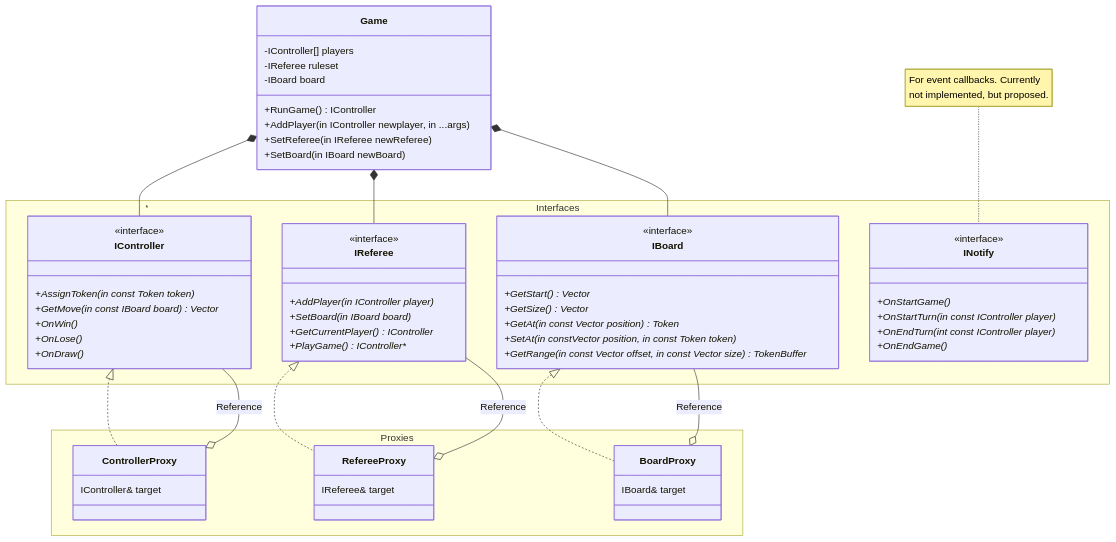
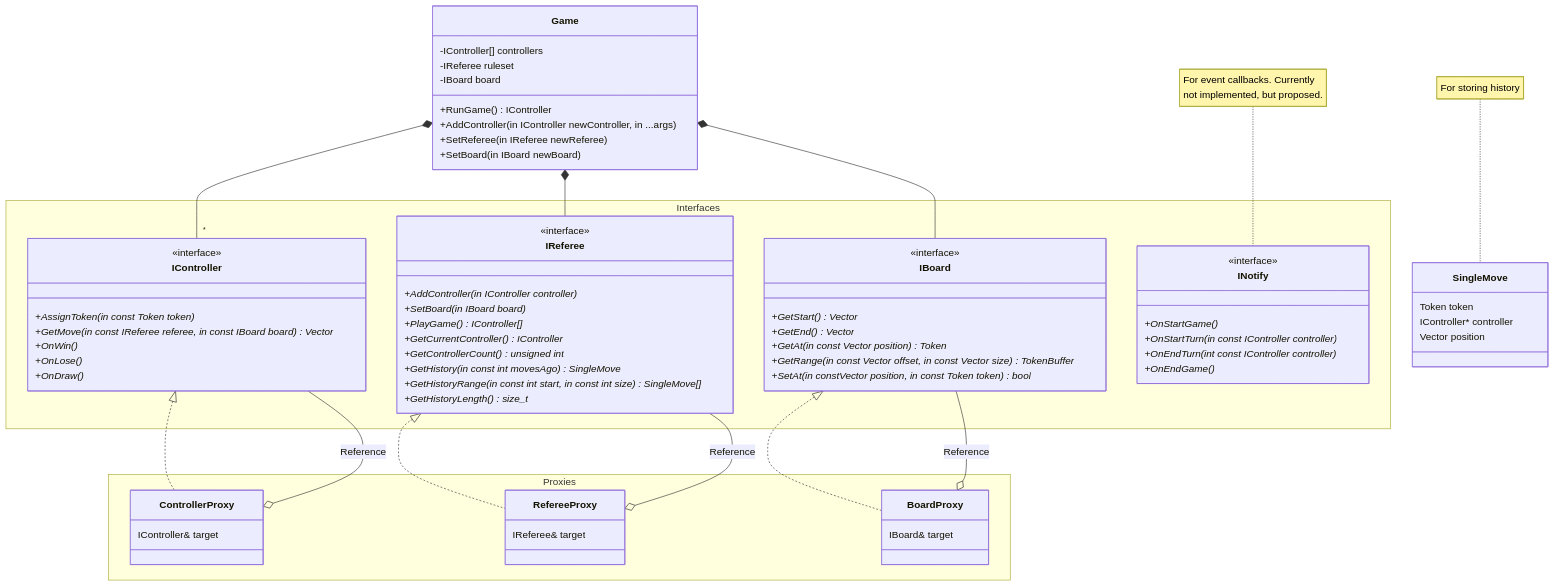
One commit to Ultranerdguy/ConnectX changed the first of 3 diagrams in docs/structure.md. Above: the diagram before and after it, drawn with Mermaid. The commit also changed other lines of this file and 32 other files, not shown here.

Commit message:
Updated referee to include move history. Defined IOController behaviour

```diff
--- a/docs/structure.md
+++ b/docs/structure.md
@@ -6,17 +6,24 @@
 classDiagram
 direction TB
 class Game {
-  -IController[] players
+  -IController[] controllers
   -IReferee ruleset
   -IBoard board
   +RunGame() IController
-  +AddPlayer(in IController newplayer, in ...args)
+  +AddController(in IController newController, in ...args)
   +SetReferee(in IReferee newReferee)
   +SetBoard(in IBoard newBoard)
 }
 Game *-- "*" IController
 Game *-- IReferee
 Game *-- IBoard
+
+note for SingleMove "For storing history"
+class SingleMove {
+  Token token
+  IController* controller
+  Vector position
+}
 
 namespace Interfaces {
   class IController
@@ -29,7 +36,7 @@
 class IController {
   <<interface>>
   +AssignToken(in const Token token)*
-  +GetMove(in const IBoard board) Vector*
+  +GetMove(in const IReferee referee, in const IBoard board) Vector*
   +OnWin()*
   +OnLose()*
   +OnDraw()*
@@ -38,26 +45,30 @@
 class IBoard {
   <<interface>>
   +GetStart() Vector*
-  +GetSize() Vector*
+  +GetEnd() Vector*
   +GetAt(in const Vector position) Token*
-  +SetAt(in constVector position, in const Token token)*
   +GetRange(in const Vector offset, in const Vector size) TokenBuffer*
+  +SetAt(in constVector position, in const Token token) bool*
 }
 
 class IReferee {
   <<interface>>
-  +AddPlayer(in IController player)*
+  +AddController(in IController controller)*
   +SetBoard(in IBoard board)*
-  +GetCurrentPlayer() IController*
-  +PlayGame() IController**
+  +PlayGame() IController[]*
+  +GetCurrentController() IController*
+  +GetControllerCount() unsigned int*
+  +GetHistory(in const int movesAgo) SingleMove*
+  +GetHistoryRange(in const int start, in const int size) SingleMove[]*
+  +GetHistoryLength() size_t*
 }
 
 note for INotify "For event callbacks. Currently<br/>not implemented, but proposed."
 class INotify {
   <<interface>>
   +OnStartGame()*
-  +OnStartTurn(in const IController player)*
-  +OnEndTurn(int const IController player)*
+  +OnStartTurn(in const IController controller)*
+  +OnEndTurn(int const IController controller)*
   +OnEndGame()*
 }
 
```
